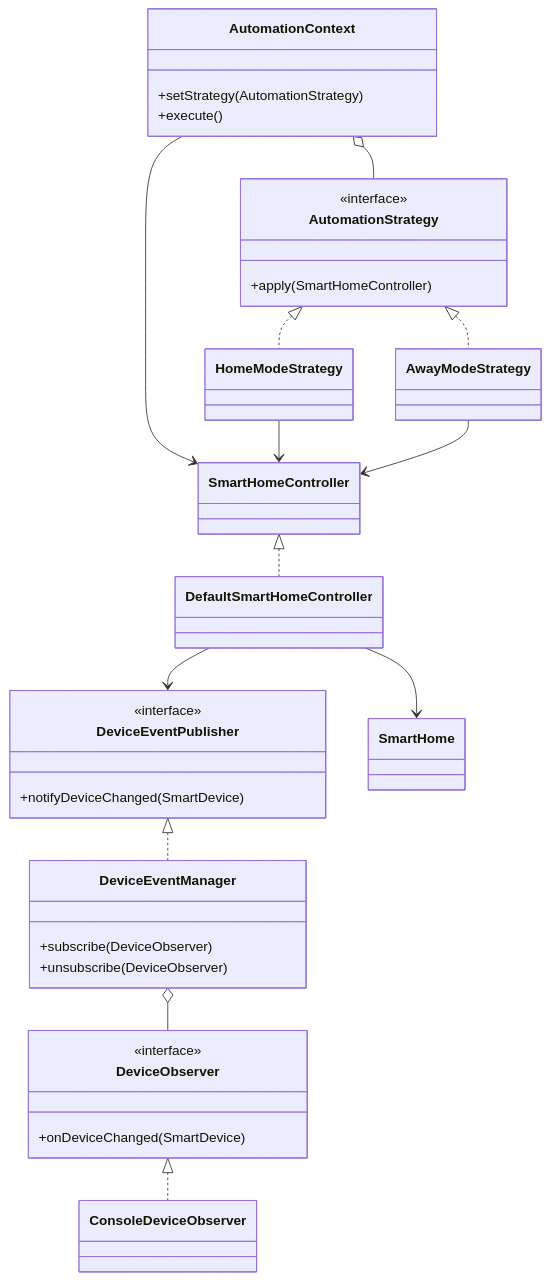
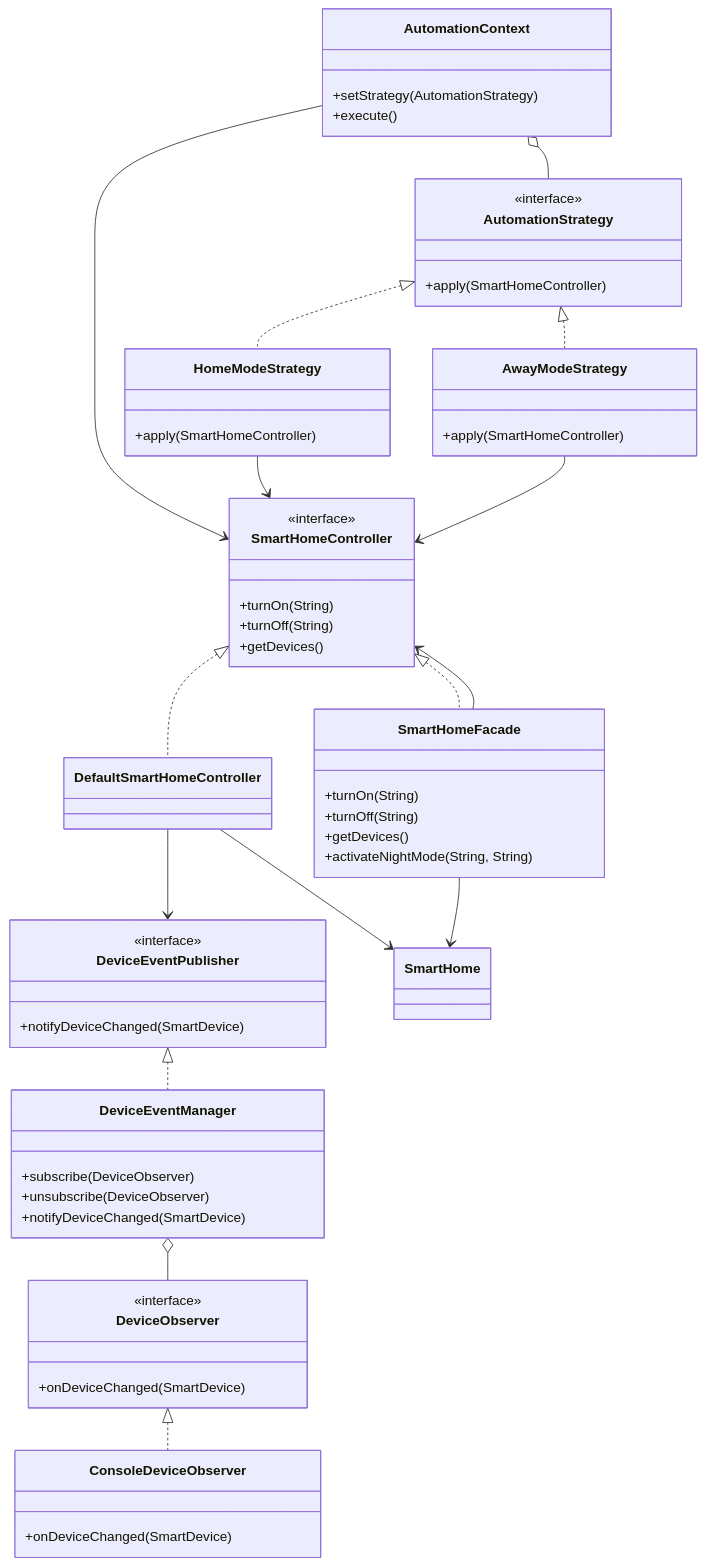
The diagram in docs/observer-strategy.md (Madi-Musa/Smart-home-automation), drawn with Mermaid before and after one commit. The commit also changed other lines of this file and 8 other files, not shown here.

````diff
--- a/docs/observer-strategy.md
+++ b/docs/observer-strategy.md
@@ -71,32 +269,75 @@
 ```mermaid
 classDiagram
-    class DeviceEventPublisher { <<interface>>
-      +notifyDeviceChanged(SmartDevice)
+    class SmartHomeController {
+        <<interface>>
+        +turnOn(String)
+        +turnOff(String)
+        +getDevices()
     }
-    class DeviceObserver { <<interface>>
-      +onDeviceChanged(SmartDevice)
+
+    class DeviceEventPublisher {
+        <<interface>>
+        +notifyDeviceChanged(SmartDevice)
     }
+
+    class DeviceObserver {
+        <<interface>>
+        +onDeviceChanged(SmartDevice)
+    }
+
     class DeviceEventManager {
-      +subscribe(DeviceObserver)
-      +unsubscribe(DeviceObserver)
+        +subscribe(DeviceObserver)
+        +unsubscribe(DeviceObserver)
+        +notifyDeviceChanged(SmartDevice)
     }
-    class AutomationStrategy { <<interface>>
-      +apply(SmartHomeController)
+
+    class ConsoleDeviceObserver {
+        +onDeviceChanged(SmartDevice)
     }
+
+    class AutomationStrategy {
+        <<interface>>
+        +apply(SmartHomeController)
+    }
+
     class AutomationContext {
-      +setStrategy(AutomationStrategy)
-      +execute()
+        +setStrategy(AutomationStrategy)
+        +execute()
     }
+
+    class HomeModeStrategy {
+        +apply(SmartHomeController)
+    }
+
+    class AwayModeStrategy {
+        +apply(SmartHomeController)
+    }
+
+    class SmartHomeFacade {
+        +turnOn(String)
+        +turnOff(String)
+        +getDevices()
+        +activateNightMode(String, String)
+    }
+
     SmartHomeController <|.. DefaultSmartHomeController
+    SmartHomeController <|.. SmartHomeFacade
+
     DefaultSmartHomeController --> SmartHome
     DefaultSmartHomeController --> DeviceEventPublisher
+    SmartHomeFacade --> SmartHome
+    SmartHomeFacade --> SmartHomeController
+
     DeviceEventPublisher <|.. DeviceEventManager
     DeviceEventManager o-- DeviceObserver
     DeviceObserver <|.. ConsoleDeviceObserver
+
     AutomationContext o-- AutomationStrategy
     AutomationContext --> SmartHomeController
+
     AutomationStrategy <|.. HomeModeStrategy
     AutomationStrategy <|.. AwayModeStrategy
+
     HomeModeStrategy --> SmartHomeController
     AwayModeStrategy --> SmartHomeController
 ```
````
